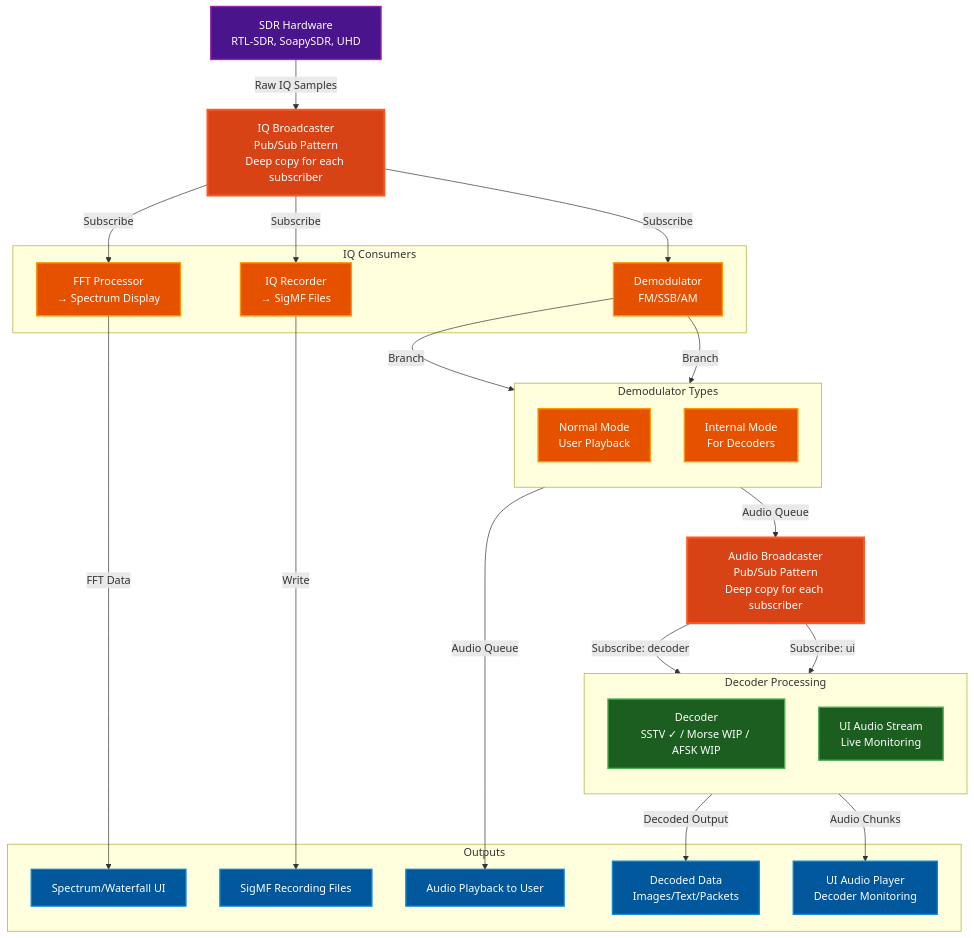
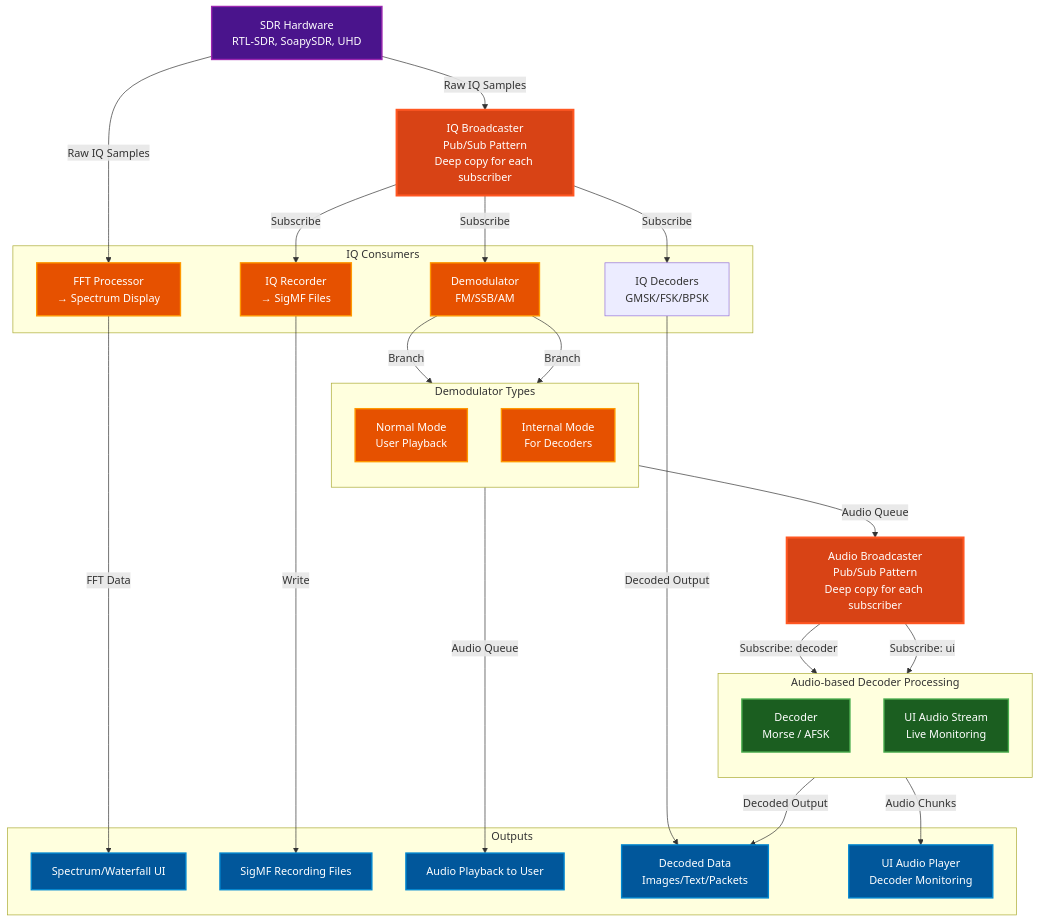
The second of 2 diagrams in README.md (OneByJorah/GroundStation), drawn with Mermaid before and after one commit. The commit also changed other lines of this file and 6 other files, not shown here.

````diff
--- a/README.md
+++ b/README.md
@@ -226,74 +235,77 @@
 ```mermaid
 flowchart TB
     %% SDR Source
     SDR[SDR Hardware<br/>RTL-SDR, SoapySDR, UHD]
 
     %% IQ Broadcaster
     IQB[IQ Broadcaster<br/>Pub/Sub Pattern<br/>Deep copy for each subscriber]
 
     %% Primary Consumers
     subgraph Consumers["IQ Consumers"]
         FFT[FFT Processor<br/>→ Spectrum Display]
         REC[IQ Recorder<br/>→ SigMF Files]
         DEMOD[Demodulator<br/>FM/SSB/AM]
+        IQDEC[IQ Decoders<br/>GMSK/FSK/BPSK]
     end
 
     %% Demodulator Branches
     subgraph DemodBranch["Demodulator Types"]
         direction TB
         NORM[Normal Mode<br/>User Playback]
         INT[Internal Mode<br/>For Decoders]
     end
 
     %% Audio Broadcaster for Internal Demodulators
     AUDIOB[Audio Broadcaster<br/>Pub/Sub Pattern<br/>Deep copy for each subscriber]
 
     %% Decoder Chain
-    subgraph DecoderChain["Decoder Processing"]
+    subgraph DecoderChain["Audio-based Decoder Processing"]
         direction TB
-        DEC[Decoder<br/>SSTV ✓ / Morse WIP / AFSK WIP]
+        DEC[Decoder<br/>Morse / AFSK]
         UIAUDIO[UI Audio Stream<br/>Live Monitoring]
     end
 
     %% Output Destinations
     subgraph Outputs["Outputs"]
         SPECUI[Spectrum/Waterfall UI]
         SIGFILE[SigMF Recording Files]
         PLAYBACK[Audio Playback to User]
         DECOUT[Decoded Data<br/>Images/Text/Packets]
         AUDIOUI[UI Audio Player<br/>Decoder Monitoring]
     end
 
     %% Connections
     SDR -->|Raw IQ Samples| IQB
-    IQB -->|Subscribe| FFT
+    SDR -->|Raw IQ Samples| FFT
     IQB -->|Subscribe| REC
     IQB -->|Subscribe| DEMOD
+    IQB -->|Subscribe| IQDEC
 
     DEMOD -->|Branch| NORM
     DEMOD -->|Branch| INT
 
     NORM -->|Audio Queue| PLAYBACK
     INT -->|Audio Queue| AUDIOB
 
     AUDIOB -->|Subscribe: decoder| DEC
     AUDIOB -->|Subscribe: ui| UIAUDIO
 
     FFT -->|FFT Data| SPECUI
     REC -->|Write| SIGFILE
     DEC -->|Decoded Output| DECOUT
+    IQDEC -->|Decoded Output| DECOUT
     UIAUDIO -->|Audio Chunks| AUDIOUI
 
     %% Styling
     classDef hardware fill:#4a148c,stroke:#9c27b0,stroke-width:2px,color:#ffffff
     classDef broadcaster fill:#d84315,stroke:#ff5722,stroke-width:3px,color:#ffffff
     classDef processor fill:#e65100,stroke:#ff9800,stroke-width:2px,color:#ffffff
     classDef output fill:#01579b,stroke:#0288d1,stroke-width:2px,color:#ffffff
     classDef decoder fill:#1b5e20,stroke:#4caf50,stroke-width:2px,color:#ffffff
 
     class SDR hardware
     class IQB,AUDIOB broadcaster
     class FFT,REC,DEMOD,NORM,INT processor
     class SPECUI,SIGFILE,PLAYBACK,DECOUT,AUDIOUI output
     class DEC,UIAUDIO decoder
 ```
````
